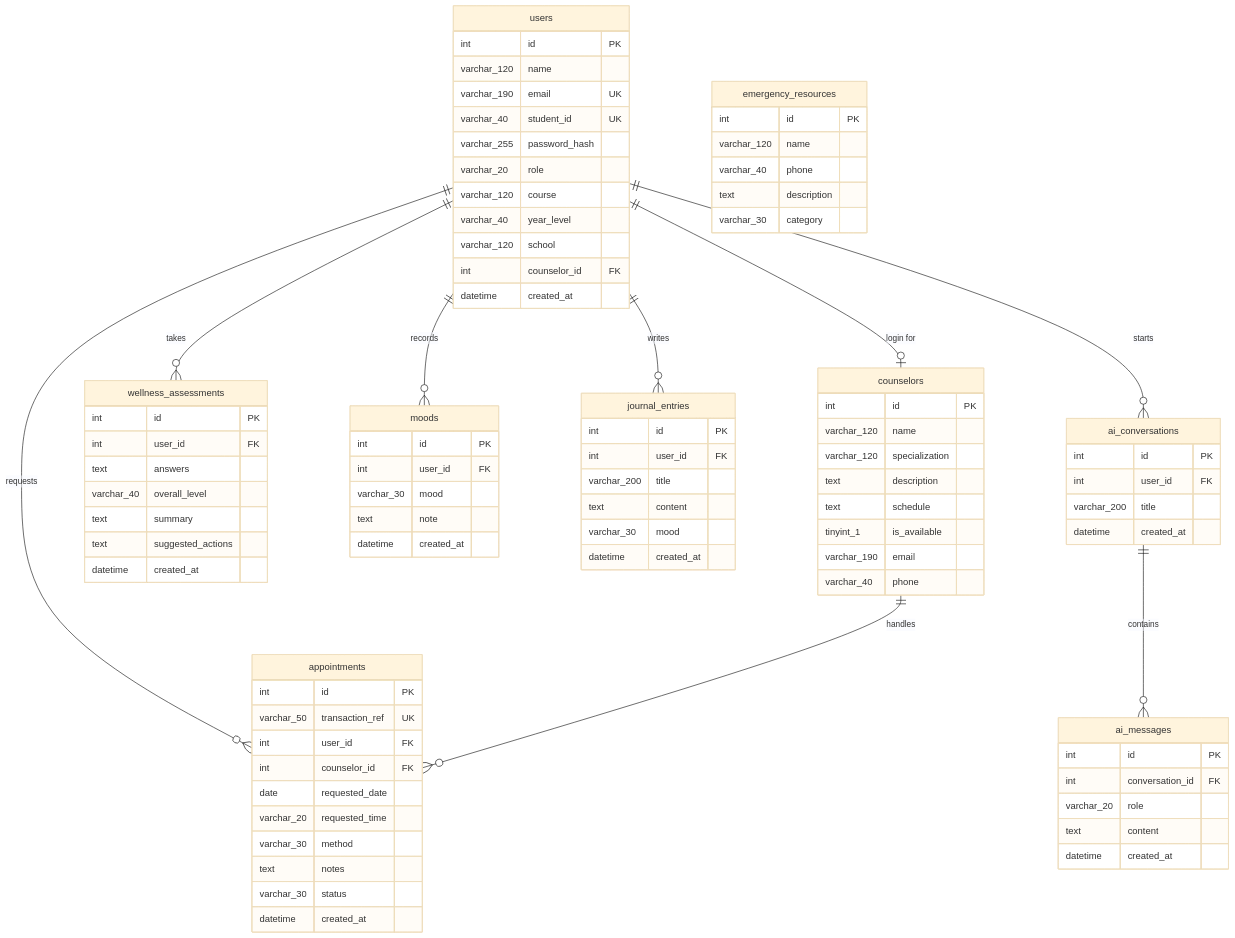
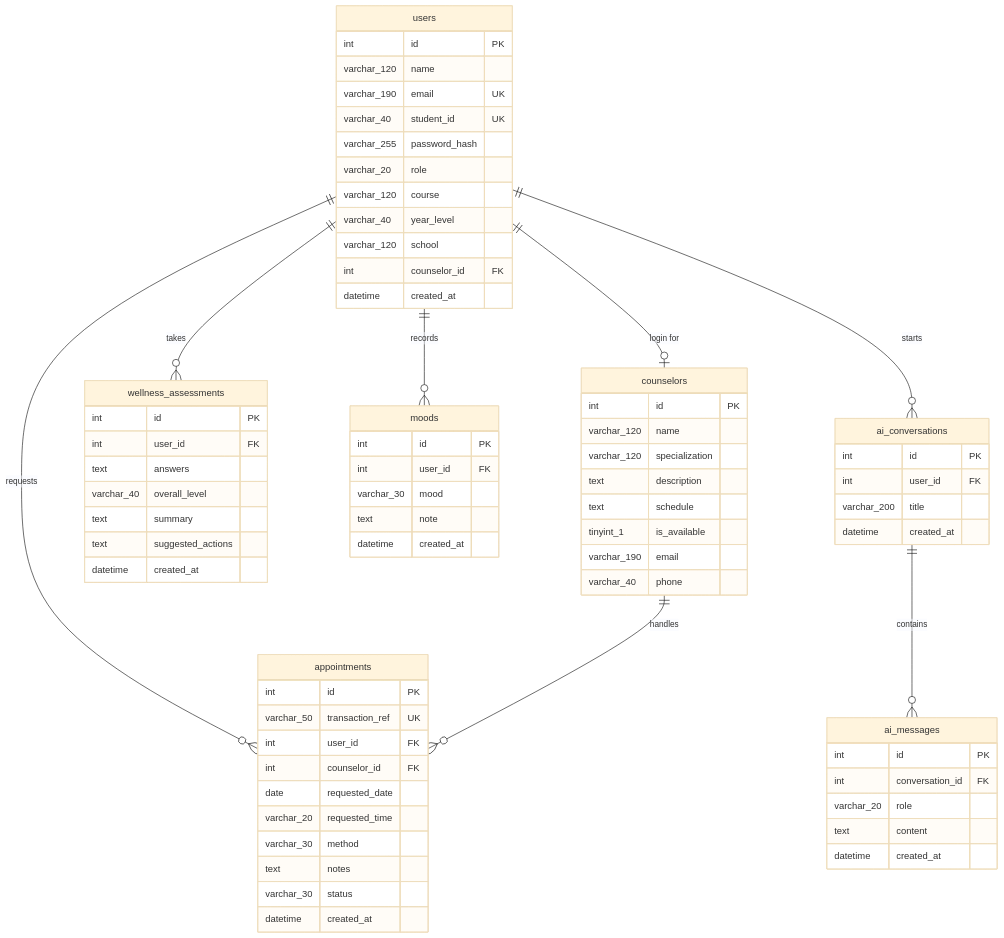
Before and after one commit to BotchogBusog/balanga-kalinga-nextjs: the diagram in docs/balanga-kalinga-erd.mmd, drawn with Mermaid (base theme). The commit also changed 6 other files, not shown here.

Commit message:
Drop journal_entries and emergency_resources: no screen uses them; ERD now 7 tables

```diff
--- a/docs/balanga-kalinga-erd.mmd
+++ b/docs/balanga-kalinga-erd.mmd
@@ -1,88 +1,72 @@
 erDiagram
   users ||--o| counselors : "login for"
   users ||--o{ wellness_assessments : "takes"
   users ||--o{ moods : "records"
-  users ||--o{ journal_entries : "writes"
   users ||--o{ ai_conversations : "starts"
   users ||--o{ appointments : "requests"
   counselors ||--o{ appointments : "handles"
   ai_conversations ||--o{ ai_messages : "contains"
   users {
     int id PK
     varchar_120 name
     varchar_190 email UK
     varchar_40 student_id UK
     varchar_255 password_hash
     varchar_20 role
     varchar_120 course
     varchar_40 year_level
     varchar_120 school
     int counselor_id FK
     datetime created_at
   }
   wellness_assessments {
     int id PK
     int user_id FK
     text answers
     varchar_40 overall_level
     text summary
     text suggested_actions
     datetime created_at
   }
   moods {
     int id PK
     int user_id FK
     varchar_30 mood
     text note
-    datetime created_at
-  }
-  journal_entries {
-    int id PK
-    int user_id FK
-    varchar_200 title
-    text content
-    varchar_30 mood
     datetime created_at
   }
   ai_conversations {
     int id PK
     int user_id FK
     varchar_200 title
     datetime created_at
   }
   ai_messages {
     int id PK
     int conversation_id FK
     varchar_20 role
     text content
     datetime created_at
   }
   appointments {
     int id PK
     varchar_50 transaction_ref UK
     int user_id FK
     int counselor_id FK
     date requested_date
     varchar_20 requested_time
     varchar_30 method
     text notes
     varchar_30 status
     datetime created_at
   }
   counselors {
     int id PK
     varchar_120 name
     varchar_120 specialization
     text description
     text schedule
     tinyint_1 is_available
     varchar_190 email
     varchar_40 phone
   }
-  emergency_resources {
-    int id PK
-    varchar_120 name
-    varchar_40 phone
-    text description
-    varchar_30 category
-  }
```
